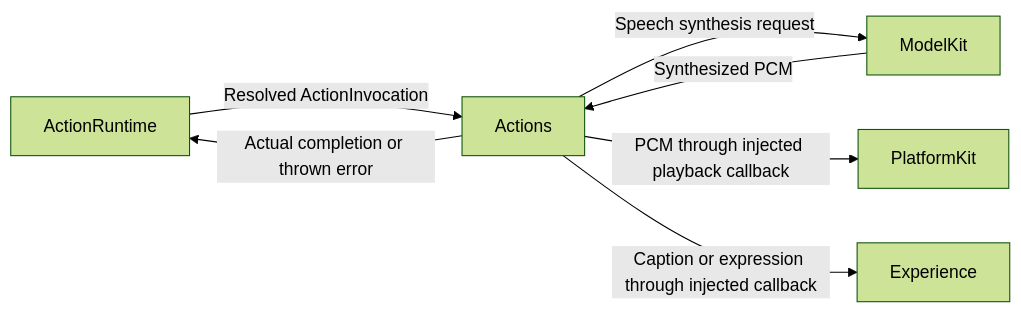
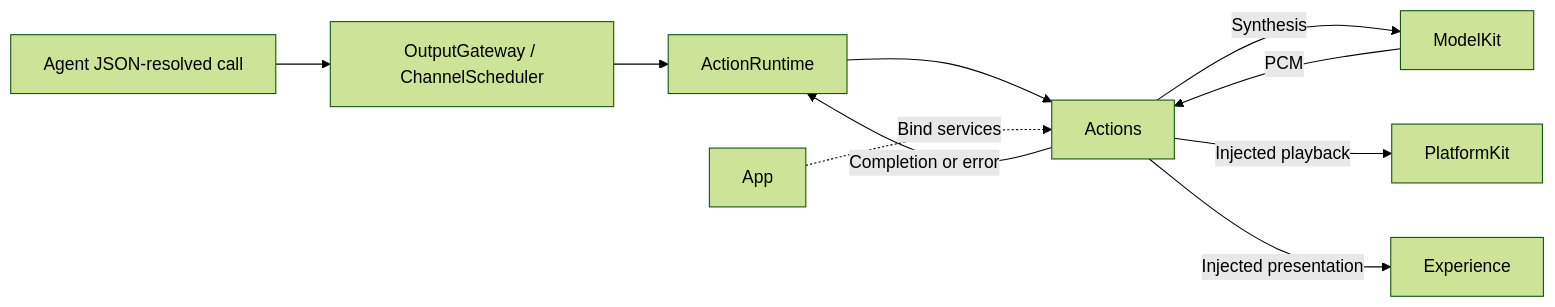
The first of 2 diagrams in MobileHarness/Actions/README.md (devilyouwei/MobileHarness), drawn with Mermaid (forest theme) before and after one commit. The commit also changed other lines of this file and 53 other files, not shown here.

````diff
--- a/MobileHarness/Actions/README.md
+++ b/MobileHarness/Actions/README.md
@@ -11,9 +26,12 @@
 ```mermaid
 flowchart LR
-    ActionRuntime -->|Resolved ActionInvocation| Actions
-    Actions -->|Actual completion or thrown error| ActionRuntime
-    Actions -->|Speech synthesis request| ModelKit
-    ModelKit -->|Synthesized PCM| Actions
-    Actions -->|PCM through injected playback callback| PlatformKit
-    Actions -->|Caption or expression through injected callback| Experience
+    Agent[Agent JSON-resolved call] --> Gateway[OutputGateway / ChannelScheduler]
+    Gateway --> Runtime[ActionRuntime]
+    Runtime --> Actions
+    App -.->|Bind services| Actions
+    Actions -->|Synthesis| ModelKit
+    ModelKit -->|PCM| Actions
+    Actions -->|Injected playback| PlatformKit
+    Actions -->|Injected presentation| Experience
+    Actions -->|Completion or error| Runtime
 ```
````
